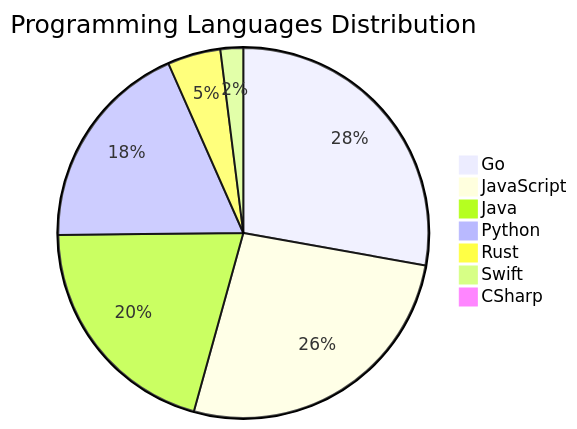
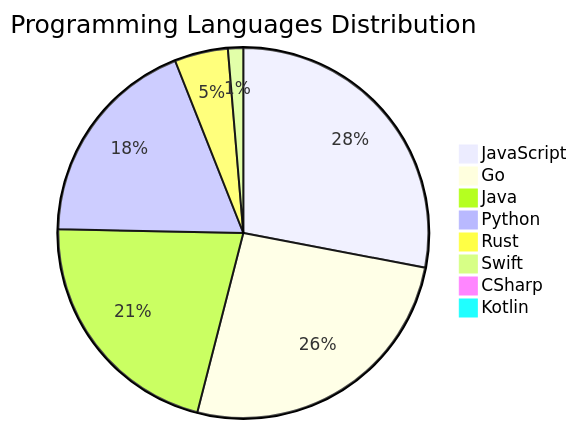
Before and after one commit to Derrick-MUGISHA/github-activity-bot: the diagram in README.md, drawn with Mermaid. The commit also changed other lines of this file and 4 other files, not shown here.

````diff
--- a/README.md
+++ b/README.md
@@ -207,10 +208,11 @@
 ```mermaid
 pie title Programming Languages Distribution
-    "Go" : 42
-    "JavaScript" : 40
-    "Java" : 31
+    "JavaScript" : 42
+    "Go" : 39
+    "Java" : 32
     "Python" : 28
     "Rust" : 7
-    "Swift" : 3
+    "Swift" : 2
     "CSharp" : 1
+    "Kotlin" : 1
 ```
````
